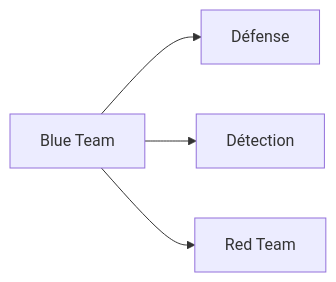
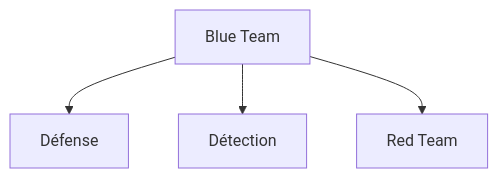
One commit to zyrass/omnydocs changed the fifth of 42 diagrams in docs/glossaire/cybersecurite.md. Above: the diagram before and after it, drawn with Mermaid. The commit also changed other lines of this file and 1780 other files, not shown here.

````diff
--- a/docs/glossaire/cybersecurite.md
+++ b/docs/glossaire/cybersecurite.md
@@ -106,6 +128,6 @@
-    ```mermaid
-    graph LR
-        A[Blue Team] --> B[Défense]
-        A --> C[Détection]
-        A --> D[Red Team]
-    ```
+```mermaid
+graph TB
+    A[Blue Team] --> B[Défense]
+    A --> C[Détection]
+    A --> D[Red Team]
+```
````
